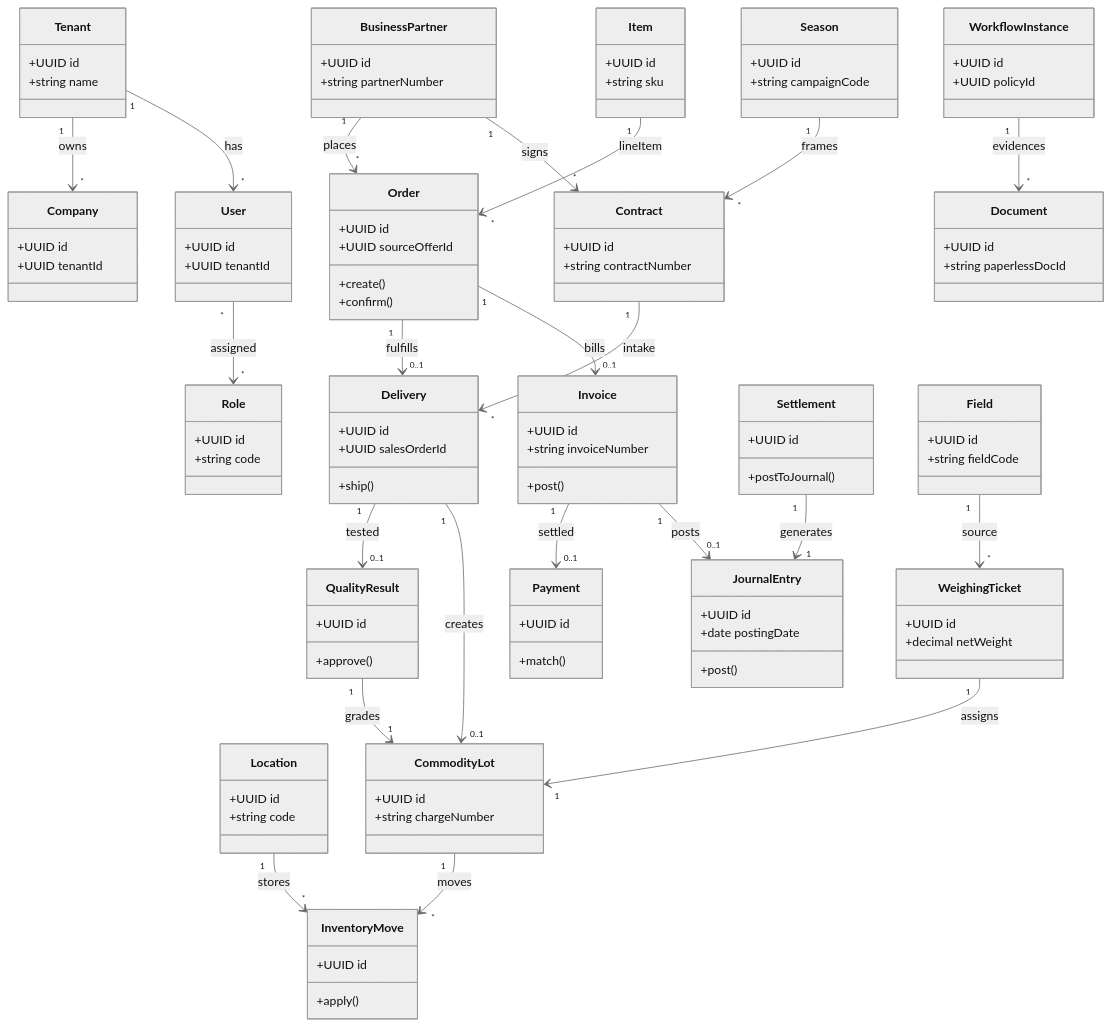
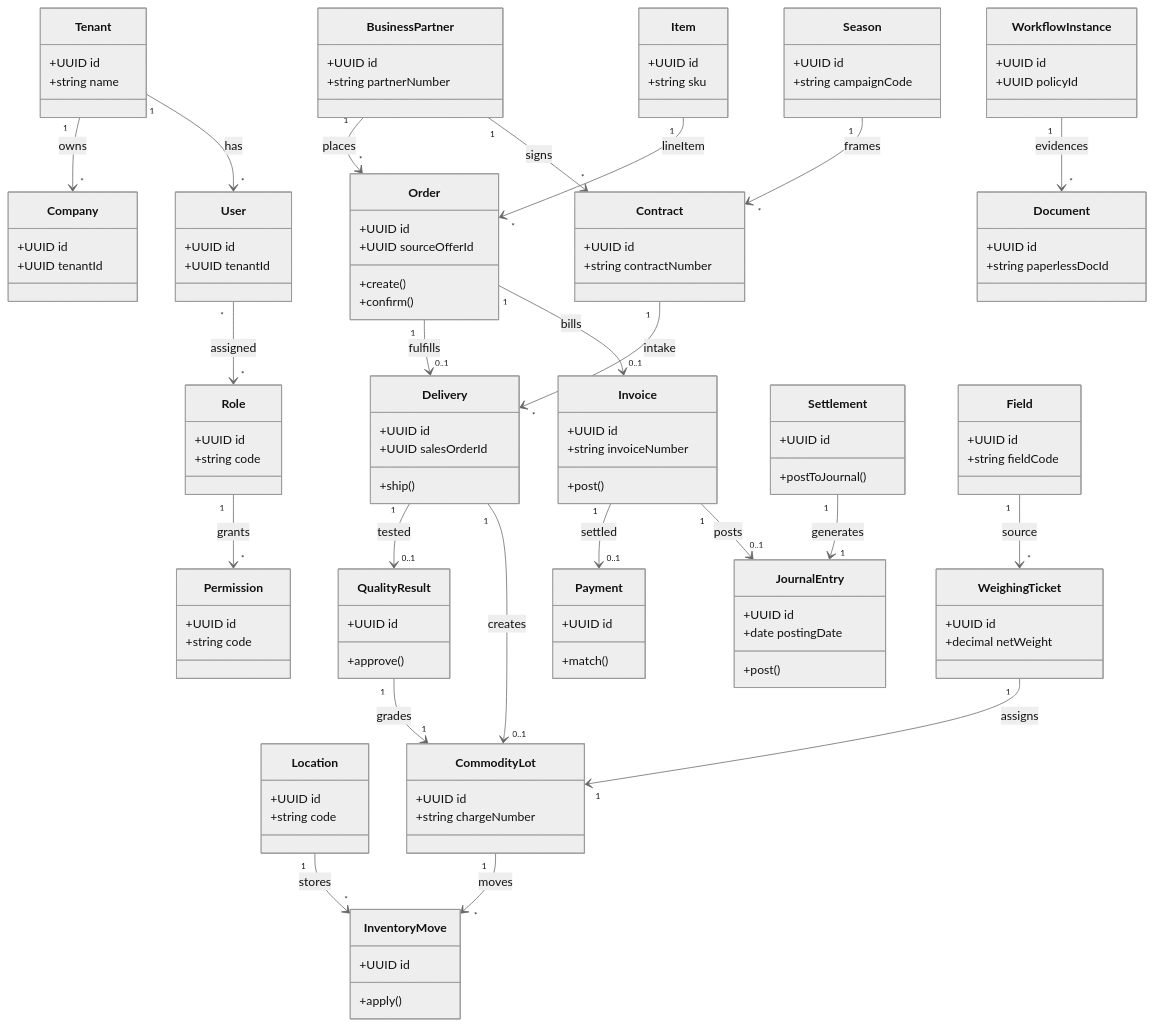
One commit to JochenWeerda/VALEO-NeuroERP-3.0 changed the diagram in docs/architecture/views/uml-canonical-domain-class.md. Above: the diagram before and after it, drawn with Mermaid (neutral theme). The commit also changed other lines of this file and 6 other files, not shown here.

First line of the commit message:
docs(arch): Canonical-UML bleibt der Kern, nicht der Katalog

```diff
--- a/docs/architecture/views/uml-canonical-domain-class.md
+++ b/docs/architecture/views/uml-canonical-domain-class.md
@@ -30,6 +30,10 @@
     +UUID tenantId
   }
   class Role {
+    +UUID id
+    +string code
+  }
+  class Permission {
     +UUID id
     +string code
   }
@@ -114,6 +118,7 @@
   Tenant "1" --> "*" Company : owns
   Tenant "1" --> "*" User : has
   User "*" --> "*" Role : assigned
+  Role "1" --> "*" Permission : grants
   BusinessPartner "1" --> "*" Order : places
   BusinessPartner "1" --> "*" Contract : signs
   Item "1" --> "*" Order : lineItem
```
